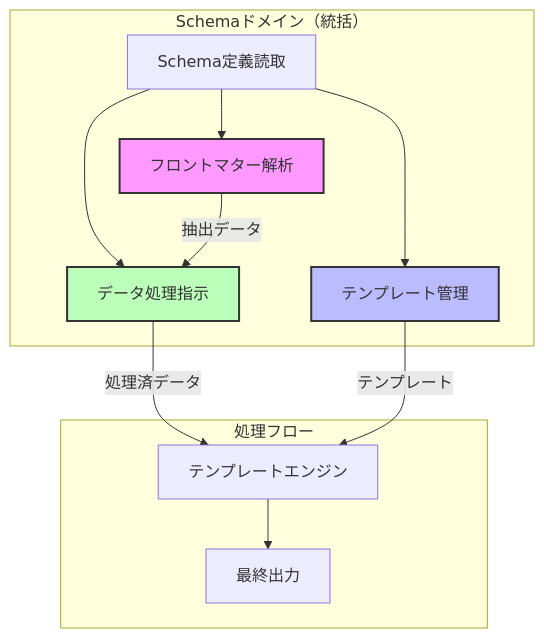
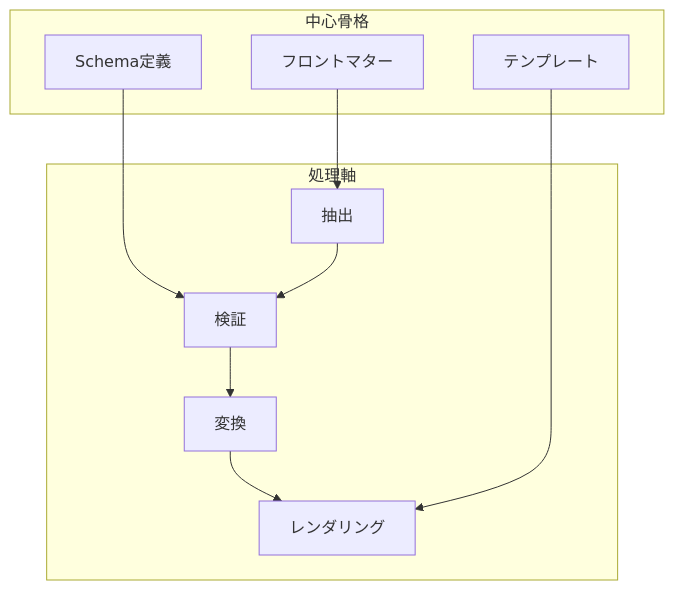
One commit to tettuan/frontmatter-to-schema changed the first of 3 diagrams in docs/domain/domain-boundary.md. Above: the diagram before and after it, drawn with Mermaid. The commit also changed other lines of this file and 478 other files, not shown here.

````diff
--- a/docs/domain/domain-boundary.md
+++ b/docs/domain/domain-boundary.md
@@ -204,20 +25,22 @@
 ```mermaid
 graph TB
-    subgraph Schema["Schemaドメイン（統括）"]
-        SD[Schema定義読取]
-        SD --> FD[フロントマター解析]
-        SD --> TD[テンプレート管理]
-        SD --> DD[データ処理指示]
+    subgraph Core["中心骨格"]
+        Schema[Schema定義]
+        Frontmatter[フロントマター]
+        Template[テンプレート]
     end
-
-    subgraph Processing["処理フロー"]
-        FD -->|抽出データ| DD
-        DD -->|処理済データ| TE[テンプレートエンジン]
-        TD -->|テンプレート| TE
-        TE --> OUT[最終出力]
+    
+    subgraph Processing["処理軸"]
+        Extract[抽出]
+        Validate[検証]
+        Transform[変換]
+        Render[レンダリング]
     end
-
-    style FD fill:#f9f,stroke:#333,stroke-width:2px
-    style TD fill:#bbf,stroke:#333,stroke-width:2px
-    style DD fill:#bfb,stroke:#333,stroke-width:2px
+    
+    Schema --> Validate
+    Frontmatter --> Extract
+    Extract --> Validate
+    Validate --> Transform
+    Transform --> Render
+    Template --> Render
 ```
````
